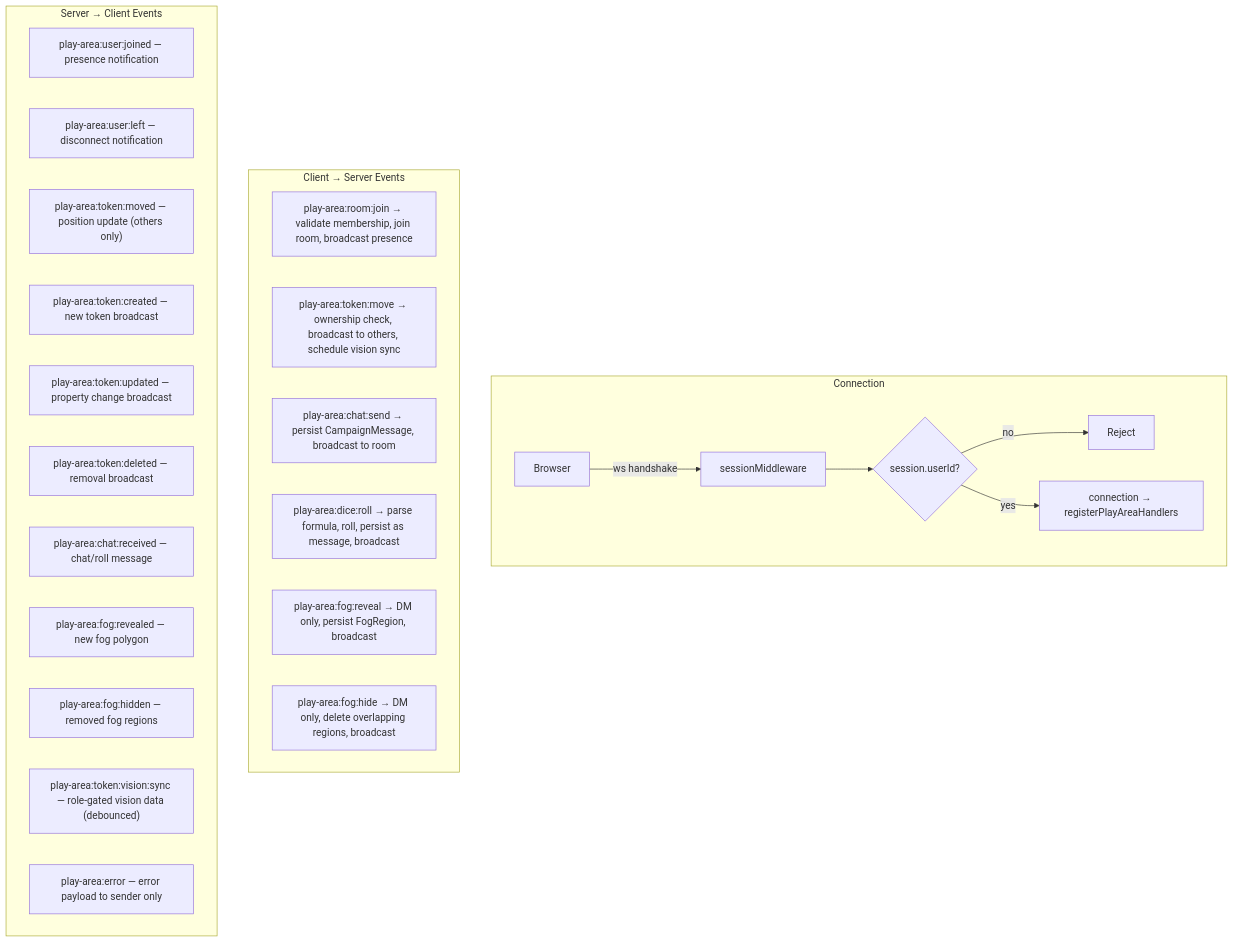
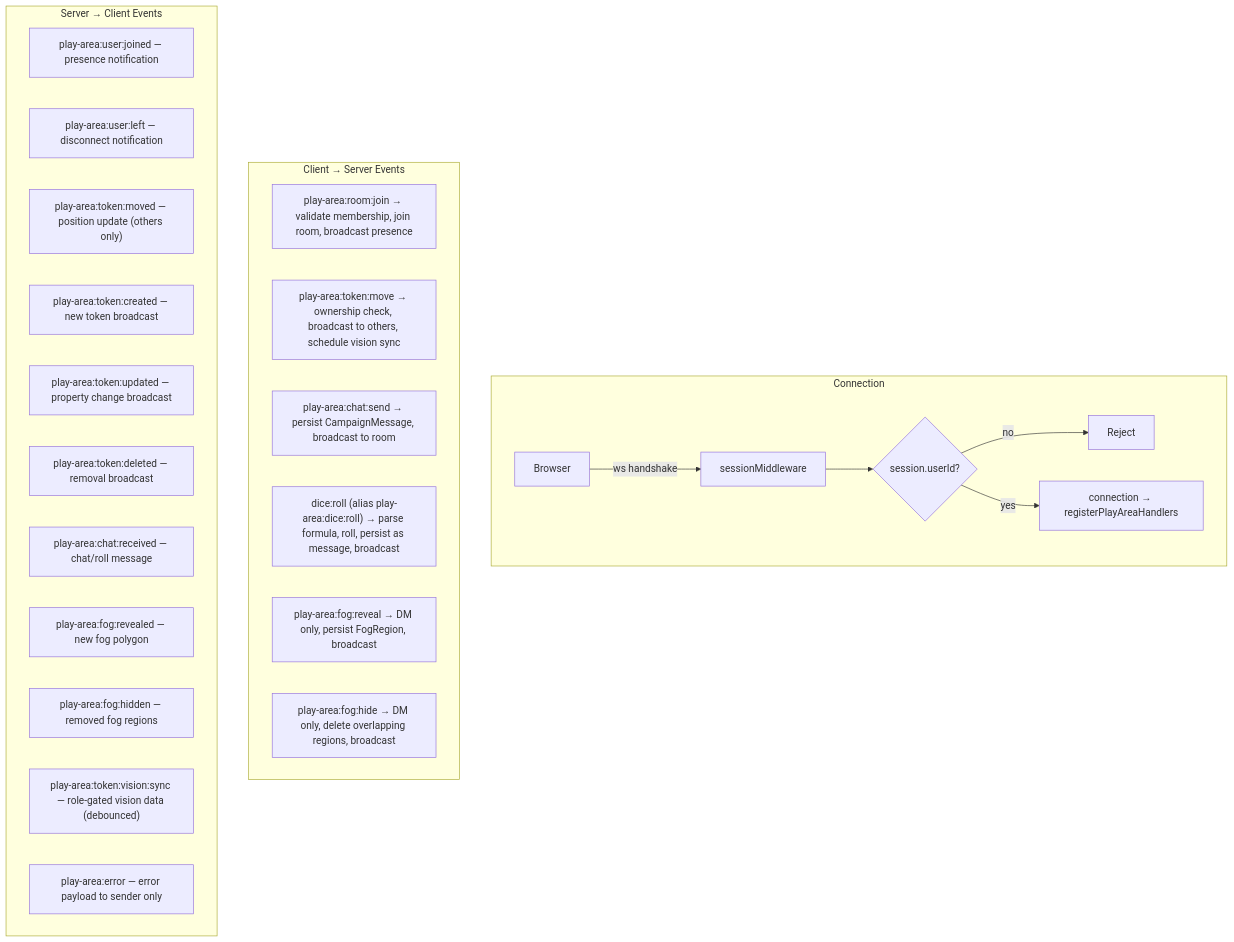
The third of 3 diagrams in .github/agents/architect.agent.md (ALHatfield/VTT), drawn with Mermaid before and after one commit. The commit also changed other lines of this file and 365 other files, not shown here.

````diff
--- a/.github/agents/architect.agent.md
+++ b/.github/agents/architect.agent.md
@@ -373,32 +430,32 @@
 ```mermaid
 flowchart TD
     subgraph "Connection"
         C1[Browser] -->|ws handshake| S1[sessionMiddleware]
         S1 --> S2{session.userId?}
         S2 -->|no| R[Reject]
         S2 -->|yes| S3["connection → registerPlayAreaHandlers"]
     end
 
     subgraph "Client → Server Events"
         E1["play-area:room:join → validate membership, join room, broadcast presence"]
         E2["play-area:token:move → ownership check, broadcast to others, schedule vision sync"]
         E3["play-area:chat:send → persist CampaignMessage, broadcast to room"]
-        E4["play-area:dice:roll → parse formula, roll, persist as message, broadcast"]
+        E4["dice:roll (alias play-area:dice:roll) → parse formula, roll, persist as message, broadcast"]
         E5["play-area:fog:reveal → DM only, persist FogRegion, broadcast"]
         E6["play-area:fog:hide → DM only, delete overlapping regions, broadcast"]
     end
 
     subgraph "Server → Client Events"
         F1["play-area:user:joined — presence notification"]
         F2["play-area:user:left — disconnect notification"]
         F3["play-area:token:moved — position update (others only)"]
         F4["play-area:token:created — new token broadcast"]
         F5["play-area:token:updated — property change broadcast"]
         F6["play-area:token:deleted — removal broadcast"]
         F7["play-area:chat:received — chat/roll message"]
         F8["play-area:fog:revealed — new fog polygon"]
         F9["play-area:fog:hidden — removed fog regions"]
         F10["play-area:token:vision:sync — role-gated vision data (debounced)"]
         F11["play-area:error — error payload to sender only"]
     end
 ```
````
